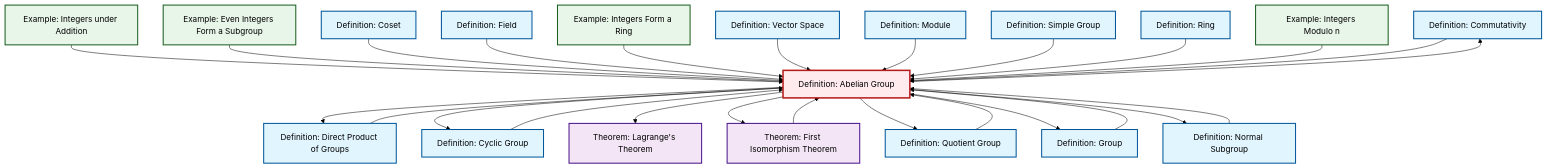
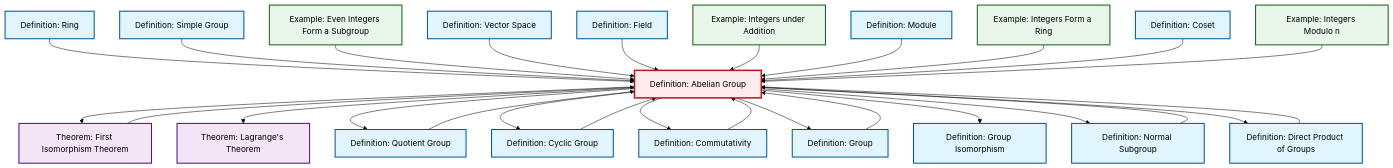
The diagram in content/en/algebra/def-abelian-group.qmd (RK0429/ModernMath), drawn with Mermaid (forest theme) before and after one commit. The commit also changed other lines of this file and 581 other files, not shown here.

````diff
--- a/content/en/algebra/def-abelian-group.qmd
+++ b/content/en/algebra/def-abelian-group.qmd
@@ -102,72 +103,75 @@
 ```{mermaid}
 %%| fig-cap: "Local dependency graph"
 graph TD
     classDef definition fill:#e1f5fe,stroke:#01579b,stroke-width:2px
     classDef theorem fill:#f3e5f5,stroke:#4a148c,stroke-width:2px
     classDef axiom fill:#fff3e0,stroke:#e65100,stroke-width:2px
     classDef example fill:#e8f5e9,stroke:#1b5e20,stroke-width:2px
     classDef current fill:#ffebee,stroke:#b71c1c,stroke-width:3px
+    def-module["Definition: Module"]:::definition
+    def-ring["Definition: Ring"]:::definition
+    thm-lagrange["Theorem: Lagrange's Theorem"]:::theorem
+    def-abelian-group["Definition: Abelian Group"]:::definition
+    def-isomorphism["Definition: Group Isomorphism"]:::definition
+    def-cyclic-group["Definition: Cyclic Group"]:::definition
+    def-field["Definition: Field"]:::definition
     def-commutativity["Definition: Commutativity"]:::definition
-    def-module["Definition: Module"]:::definition
+    def-vector-space["Definition: Vector Space"]:::definition
     ex-integers-addition["Example: Integers under Addition"]:::example
-    thm-lagrange["Theorem: Lagrange's Theorem"]:::theorem
-    ex-quotient-integers-mod-n["Example: Integers Modulo n"]:::example
-    def-cyclic-group["Definition: Cyclic Group"]:::definition
+    ex-even-integers-subgroup["Example: Even Integers Form a Subgroup"]:::example
+    thm-first-isomorphism["Theorem: First Isomorphism Theorem"]:::theorem
+    def-simple-group["Definition: Simple Group"]:::definition
     def-group["Definition: Group"]:::definition
-    def-quotient-group["Definition: Quotient Group"]:::definition
-    def-field["Definition: Field"]:::definition
-    def-abelian-group["Definition: Abelian Group"]:::definition
-    def-coset["Definition: Coset"]:::definition
-    thm-first-isomorphism["Theorem: First Isomorphism Theorem"]:::theorem
-    def-ring["Definition: Ring"]:::definition
-    def-direct-product["Definition: Direct Product of Groups"]:::definition
-    def-vector-space["Definition: Vector Space"]:::definition
-    ex-even-integers-subgroup["Example: Even Integers Form a Subgroup"]:::example
-    def-simple-group["Definition: Simple Group"]:::definition
     ex-integers-ring["Example: Integers Form a Ring"]:::example
     def-normal-subgroup["Definition: Normal Subgroup"]:::definition
+    def-direct-product["Definition: Direct Product of Groups"]:::definition
+    def-quotient-group["Definition: Quotient Group"]:::definition
+    def-coset["Definition: Coset"]:::definition
+    ex-quotient-integers-mod-n["Example: Integers Modulo n"]:::example
+    def-ring --> def-abelian-group
+    def-abelian-group --> thm-first-isomorphism
+    def-abelian-group --> thm-lagrange
+    def-abelian-group --> def-quotient-group
+    def-simple-group --> def-abelian-group
+    def-commutativity --> def-abelian-group
+    def-abelian-group --> def-cyclic-group
+    ex-even-integers-subgroup --> def-abelian-group
     def-abelian-group --> def-commutativity
+    def-cyclic-group --> def-abelian-group
+    def-abelian-group --> def-group
     def-normal-subgroup --> def-abelian-group
+    def-vector-space --> def-abelian-group
+    def-field --> def-abelian-group
+    thm-first-isomorphism --> def-abelian-group
     ex-integers-addition --> def-abelian-group
-    ex-even-integers-subgroup --> def-abelian-group
+    def-group --> def-abelian-group
+    def-quotient-group --> def-abelian-group
+    def-abelian-group --> def-isomorphism
+    def-module --> def-abelian-group
+    ex-integers-ring --> def-abelian-group
+    def-abelian-group --> def-normal-subgroup
+    def-direct-product --> def-abelian-group
     def-coset --> def-abelian-group
+    ex-quotient-integers-mod-n --> def-abelian-group
     def-abelian-group --> def-direct-product
-    def-field --> def-abelian-group
-    ex-integers-ring --> def-abelian-group
-    def-vector-space --> def-abelian-group
-    def-abelian-group --> def-cyclic-group
-    def-abelian-group --> thm-lagrange
-    def-cyclic-group --> def-abelian-group
-    def-abelian-group --> thm-first-isomorphism
-    def-module --> def-abelian-group
-    def-group --> def-abelian-group
-    def-simple-group --> def-abelian-group
-    thm-first-isomorphism --> def-abelian-group
-    def-ring --> def-abelian-group
-    def-abelian-group --> def-quotient-group
-    def-direct-product --> def-abelian-group
-    ex-quotient-integers-mod-n --> def-abelian-group
-    def-abelian-group --> def-group
-    def-commutativity --> def-abelian-group
-    def-abelian-group --> def-normal-subgroup
-    def-quotient-group --> def-abelian-group
     class def-abelian-group current
+    click def-module "def-module.html" "Go to Module definition"
+    click def-ring "def-ring.html" "Go to Ring definition"
+    click thm-lagrange "thm-lagrange.html" "Go to Lagrange's Theorem theorem"
+    click def-isomorphism "def-isomorphism.html" "Go to Group Isomorphism definition"
+    click def-cyclic-group "def-cyclic-group.html" "Go to Cyclic Group definition"
+    click def-field "def-field.html" "Go to Field definition"
     click def-commutativity "def-commutativity.html" "Go to Commutativity definition"
-    click def-module "def-module.html" "Go to Module definition"
+    click def-vector-space "def-vector-space.html" "Go to Vector Space definition"
     click ex-integers-addition "ex-integers-addition.html" "Go to Integers under Addition example"
-    click thm-lagrange "thm-lagrange.html" "Go to Lagrange's Theorem theorem"
-    click ex-quotient-integers-mod-n "ex-quotient-integers-mod-n.html" "Go to Integers Modulo n example"
-    click def-cyclic-group "def-cyclic-group.html" "Go to Cyclic Group definition"
+    click ex-even-integers-subgroup "ex-even-integers-subgroup.html" "Go to Even Integers Form a Subgroup example"
+    click thm-first-isomorphism "thm-first-isomorphism.html" "Go to First Isomorphism Theorem theorem"
+    click def-simple-group "def-simple-group.html" "Go to Simple Group definition"
     click def-group "def-group.html" "Go to Group definition"
-    click def-quotient-group "def-quotient-group.html" "Go to Quotient Group definition"
-    click def-field "def-field.html" "Go to Field definition"
-    click def-coset "def-coset.html" "Go to Coset definition"
-    click thm-first-isomorphism "thm-first-isomorphism.html" "Go to First Isomorphism Theorem theorem"
-    click def-ring "def-ring.html" "Go to Ring definition"
-    click def-direct-product "def-direct-product.html" "Go to Direct Product of Groups definition"
-    click def-vector-space "def-vector-space.html" "Go to Vector Space definition"
-    click ex-even-integers-subgroup "ex-even-integers-subgroup.html" "Go to Even Integers Form a Subgroup example"
-    click def-simple-group "def-simple-group.html" "Go to Simple Group definition"
     click ex-integers-ring "ex-integers-ring.html" "Go to Integers Form a Ring example"
     click def-normal-subgroup "def-normal-subgroup.html" "Go to Normal Subgroup definition"
+    click def-direct-product "def-direct-product.html" "Go to Direct Product of Groups definition"
+    click def-quotient-group "def-quotient-group.html" "Go to Quotient Group definition"
+    click def-coset "def-coset.html" "Go to Coset definition"
+    click ex-quotient-integers-mod-n "ex-quotient-integers-mod-n.html" "Go to Integers Modulo n example"
 ```
````
